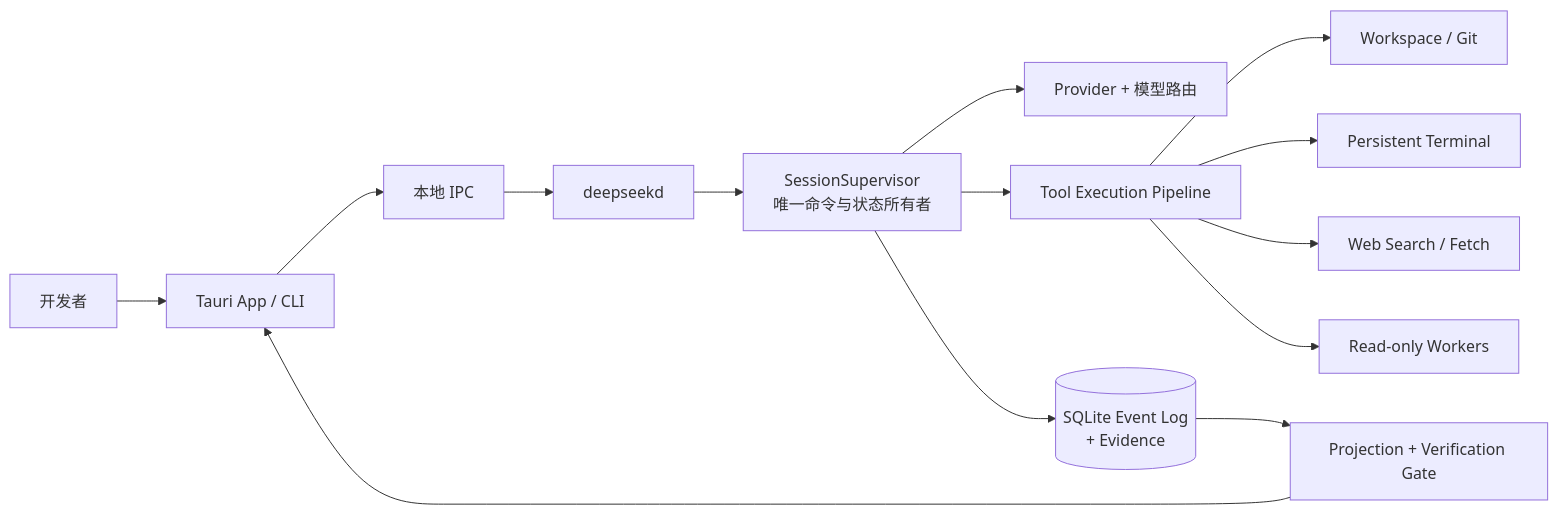
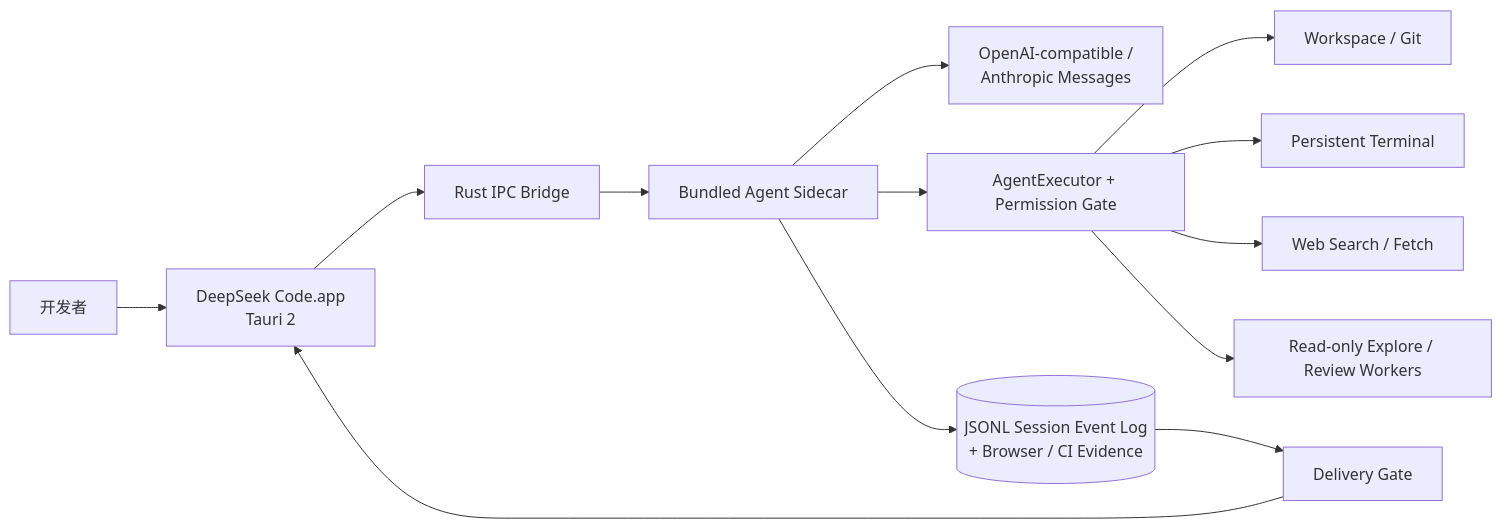
Before and after one commit to shidesheng0218/deepseek-code: the first of 3 diagrams in README.md, drawn with Mermaid. The commit also changed other lines of this file and 27 other files, not shown here.

Commit message:
feat: complete sidecar CI repair and provider runtime

````diff
--- a/README.md
+++ b/README.md
@@ -30,16 +30,15 @@
 ```mermaid
 flowchart LR
-    U["开发者"] --> GUI["Tauri App / CLI"]
-    GUI --> IPC["本地 IPC"]
-    IPC --> D["deepseekd"]
-    D --> S["SessionSupervisor\n唯一命令与状态所有者"]
-    S --> M["Provider + 模型路由"]
-    S --> P["Tool Execution Pipeline"]
+    U["开发者"] --> GUI["DeepSeek Code.app\nTauri 2"]
+    GUI --> IPC["Rust IPC Bridge"]
+    IPC --> S["Bundled Agent Sidecar"]
+    S --> M["OpenAI-compatible /\nAnthropic Messages"]
+    S --> P["AgentExecutor + Permission Gate"]
     P --> W["Workspace / Git"]
     P --> T["Persistent Terminal"]
     P --> R["Web Search / Fetch"]
-    P --> A["Read-only Workers"]
-    S --> E[("SQLite Event Log\n+ Evidence")]
-    E --> V["Projection + Verification Gate"]
+    P --> A["Read-only Explore / Review Workers"]
+    S --> E[("JSONL Session Event Log\n+ Browser / CI Evidence")]
+    E --> V["Delivery Gate"]
     V --> GUI
 ```
````
